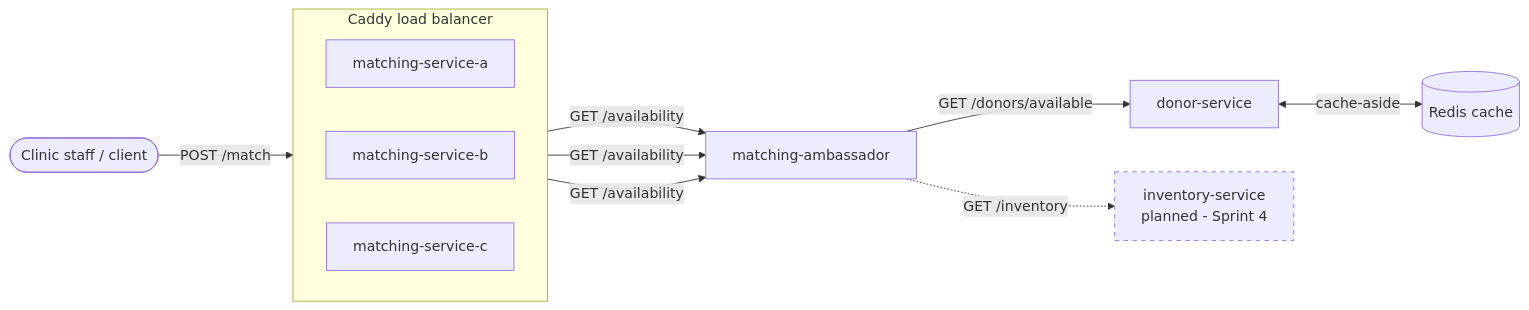
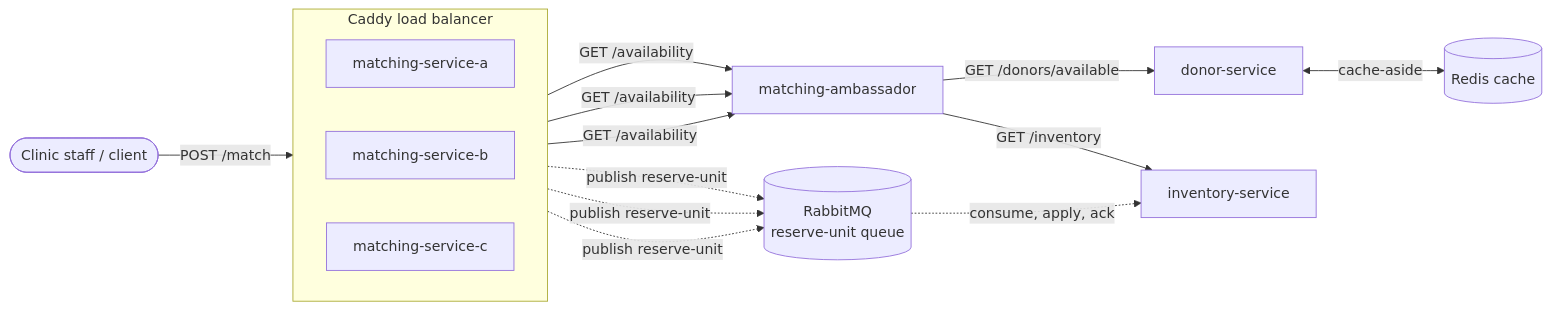
One commit to RitonlyD/426-project-ritonly-rafael changed the diagram in docs/SERVICES.md. Above: the diagram before and after it, drawn with Mermaid. The commit also changed other lines of this file, not shown here.

First line of the commit message:
docs(services): add async path and real inventory-service to diagram

````diff
--- a/docs/SERVICES.md
+++ b/docs/SERVICES.md
@@ -19,26 +29,30 @@
 ```mermaid
 flowchart LR
     Client([Clinic staff / client])
 
     subgraph Caddy_LB[Caddy load balancer]
         direction LR
         MatchingA[matching-service-a]
         MatchingB[matching-service-b]
         MatchingC[matching-service-c]
     end
 
     Ambassador[matching-ambassador]
     Donor[donor-service]
     DonorCache[(Redis cache)]
-    Inventory[inventory-service<br/>planned - Sprint 4]
+    Inventory[inventory-service]
+    Queue[(RabbitMQ<br/>reserve-unit queue)]
 
     Client -->|POST /match| Caddy_LB
     MatchingA -->|GET /availability| Ambassador
     MatchingB -->|GET /availability| Ambassador
     MatchingC -->|GET /availability| Ambassador
     Ambassador -->|GET /donors/available| Donor
+    Ambassador -->|GET /inventory| Inventory
     Donor <-->|cache-aside| DonorCache
-    Ambassador -.->|GET /inventory| Inventory
 
-    style Inventory stroke-dasharray: 5 5
+    MatchingA -.->|publish reserve-unit| Queue
+    MatchingB -.->|publish reserve-unit| Queue
+    MatchingC -.->|publish reserve-unit| Queue
+    Queue -.->|consume, apply, ack| Inventory
 ```
````
